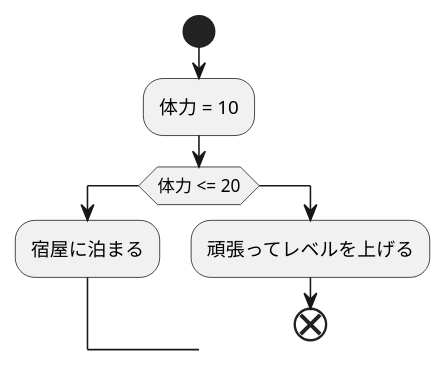
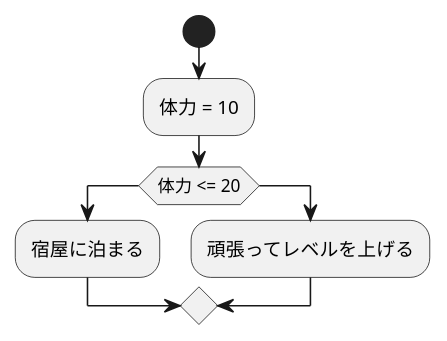
One commit to Aso2001009/2021sys-design changed the diagram in kadai1.md. Above: the diagram before and after it, drawn with PlantUML. The commit also changed other lines of this file, not shown here.

````diff
--- a/kadai1.md
+++ b/kadai1.md
@@ -1,11 +1,11 @@
 ```uml
 @startuml
 start
 :体力 = 10;
 if (体力 <= 20)
   :宿屋に泊まる;
 else
   :頑張ってレベルを上げる;
+@enduml
 end
-@enduml
 ```
````
